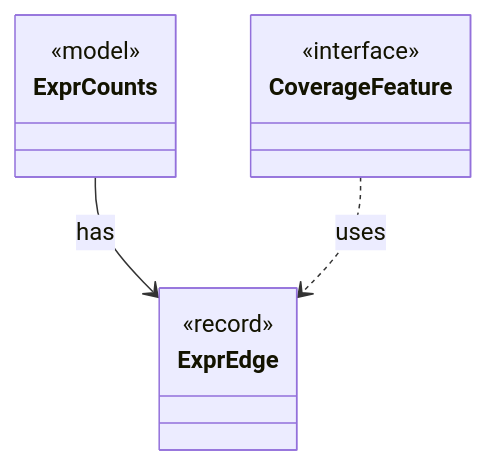
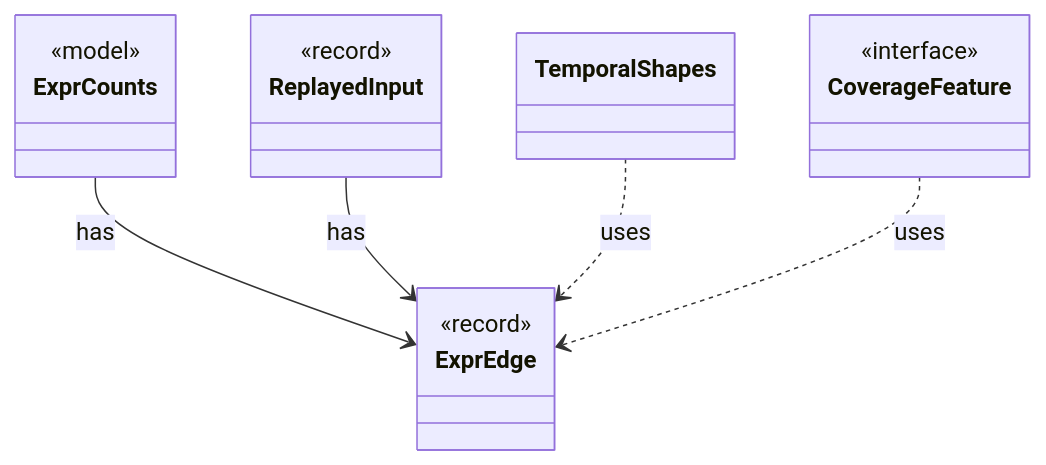
One commit to tlaplus/model-checker-hardening changed the diagram in dev/types/io.github.tlaplus.hardening.common.ExprEdge.md. Above: the diagram before and after it, drawn with Mermaid. The commit also changed other lines of this file and 410 other files, not shown here.

````diff
--- a/dev/types/io.github.tlaplus.hardening.common.ExprEdge.md
+++ b/dev/types/io.github.tlaplus.hardening.common.ExprEdge.md
@@ -7,14 +9,20 @@
 ```mermaid
 classDiagram
   class ExprEdge {
     <<record>>
   }
   class ExprCounts {
     <<model>>
   }
+  class ReplayedInput {
+    <<record>>
+  }
+  class TemporalShapes
   class CoverageFeature {
     <<interface>>
   }
   ExprCounts --> ExprEdge : has
+  ReplayedInput --> ExprEdge : has
+  TemporalShapes ..> ExprEdge : uses
   CoverageFeature ..> ExprEdge : uses
 ```
````
